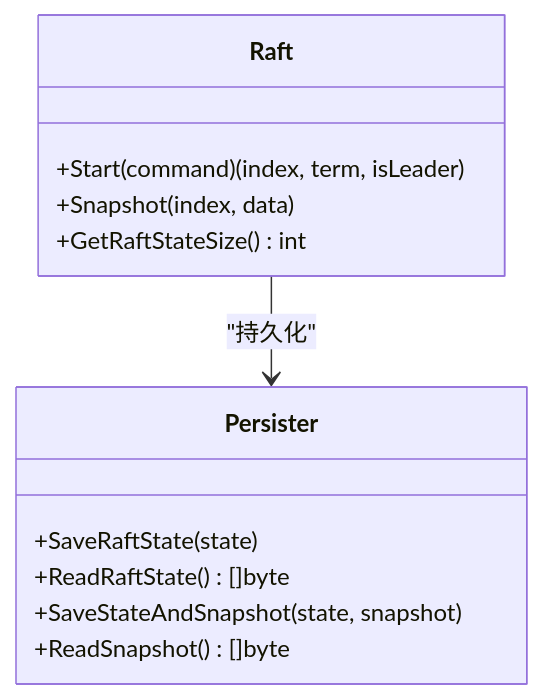
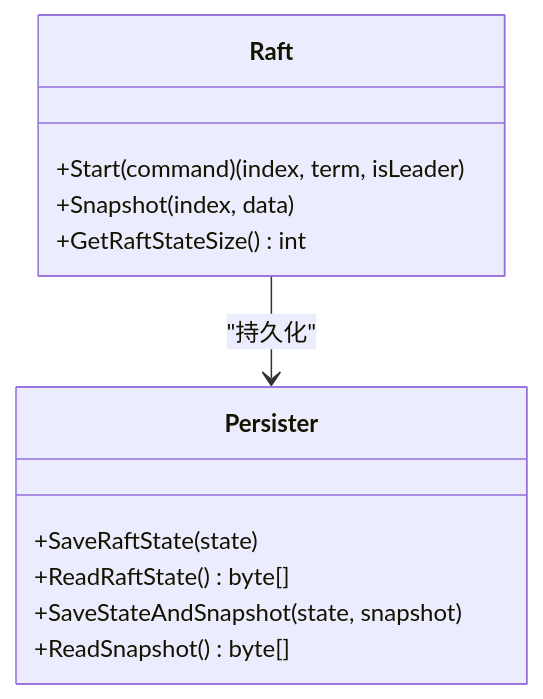
The sixth of 7 diagrams in wiki/项目概述/技术栈.md (eraft-io/eraft), drawn with Mermaid before and after one commit. The commit also changed 35 other files, not shown here.

````diff
--- a/wiki/项目概述/技术栈.md
+++ b/wiki/项目概述/技术栈.md
@@ -298,15 +298,15 @@
 ```mermaid
 classDiagram
 class Raft {
 +Start(command) (index, term, isLeader)
 +Snapshot(index, data)
 +GetRaftStateSize() int
 }
 class Persister {
 +SaveRaftState(state)
-+ReadRaftState() []byte
++ReadRaftState() byte[]
 +SaveStateAndSnapshot(state, snapshot)
-+ReadSnapshot() []byte
++ReadSnapshot() byte[]
 }
 Raft --> Persister : "持久化"
 ```
````
